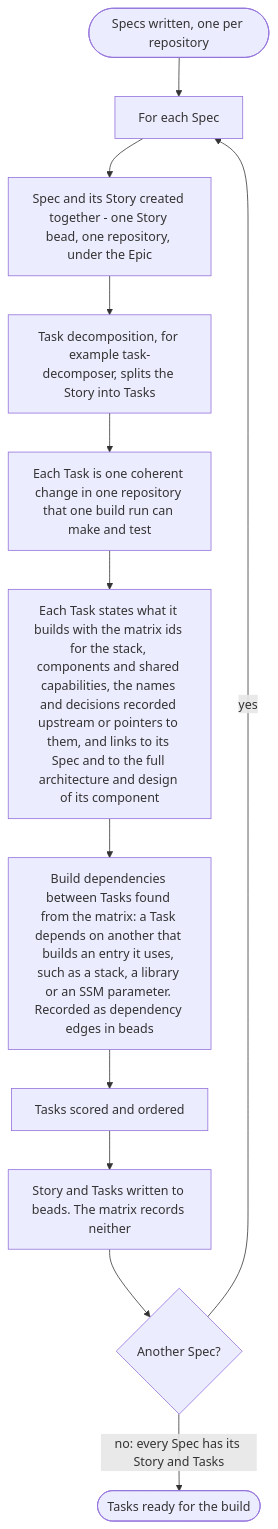
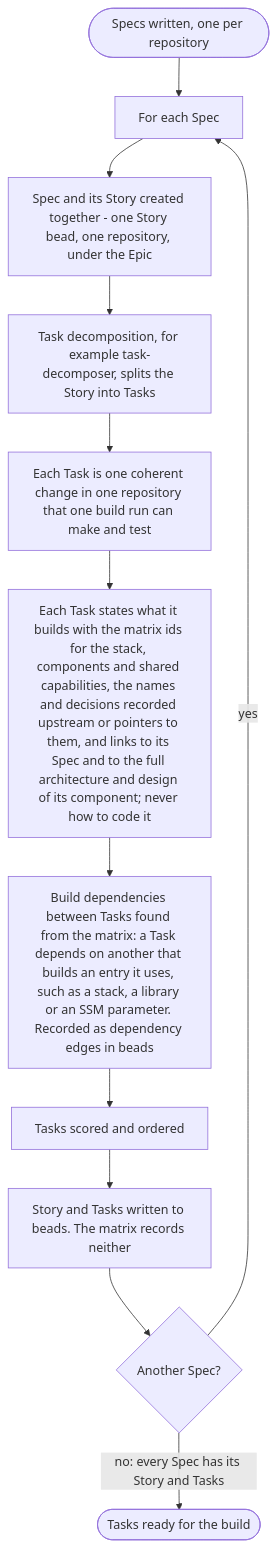
Before and after one commit to mark-satterfield/toolset: the eighth of 8 diagrams in plugins/agent-teams-workforce/blueprint/design/pipelines-elaboration.md, drawn with Mermaid. The commit also changed other lines of this file and 9 other files, not shown here.

Commit message:
fix(agent-teams-workforce): Tasks and provisioning intent state what must be true and cite the spec, never how to code it

````diff
--- a/plugins/agent-teams-workforce/blueprint/design/pipelines-elaboration.md
+++ b/plugins/agent-teams-workforce/blueprint/design/pipelines-elaboration.md
@@ -686,14 +686,14 @@
 ```mermaid
 flowchart TD
     s(["Specs written, one per repository"]) --> each["For each Spec"]
     each --> story["Spec and its Story created together - one Story bead, one repository, under the Epic"]
     story --> dec["Task decomposition, for example task-decomposer, splits the Story into Tasks"]
     dec --> size["Each Task is one coherent change in one repository that one build run can make and test"]
-    size --> content["Each Task states what it builds with the matrix ids for the stack, components and shared capabilities, the names and decisions recorded upstream or pointers to them, and links to its Spec and to the full architecture and design of its component"]
+    size --> content["Each Task states what it builds with the matrix ids for the stack, components and shared capabilities, the names and decisions recorded upstream or pointers to them, and links to its Spec and to the full architecture and design of its component; never how to code it"]
     content --> order["Build dependencies between Tasks found from the matrix: a Task depends on another that builds an entry it uses, such as a stack, a library or an SSM parameter. Recorded as dependency edges in beads"]
     order --> score["Tasks scored and ordered"]
     score --> write["Story and Tasks written to beads. The matrix records neither"]
     write --> more{"Another Spec?"}
     more -->|"yes"| each
     more -->|"no: every Spec has its Story and Tasks"| done(["Tasks ready for the build"])
 ```
````
